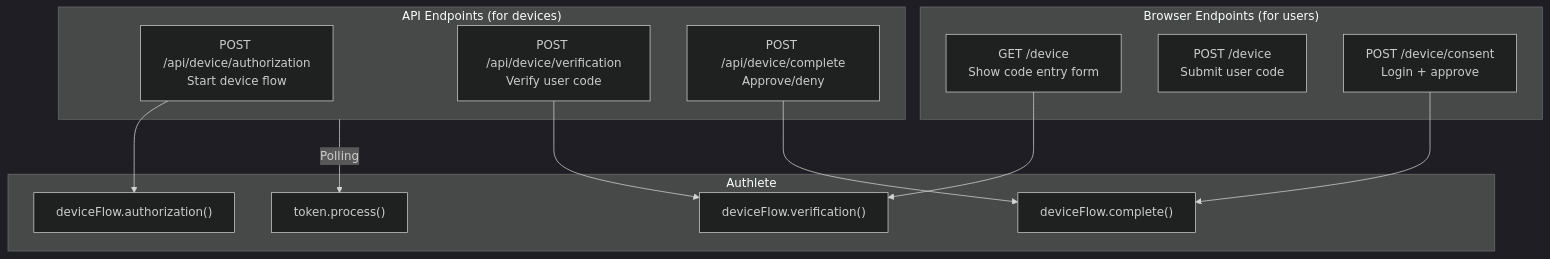
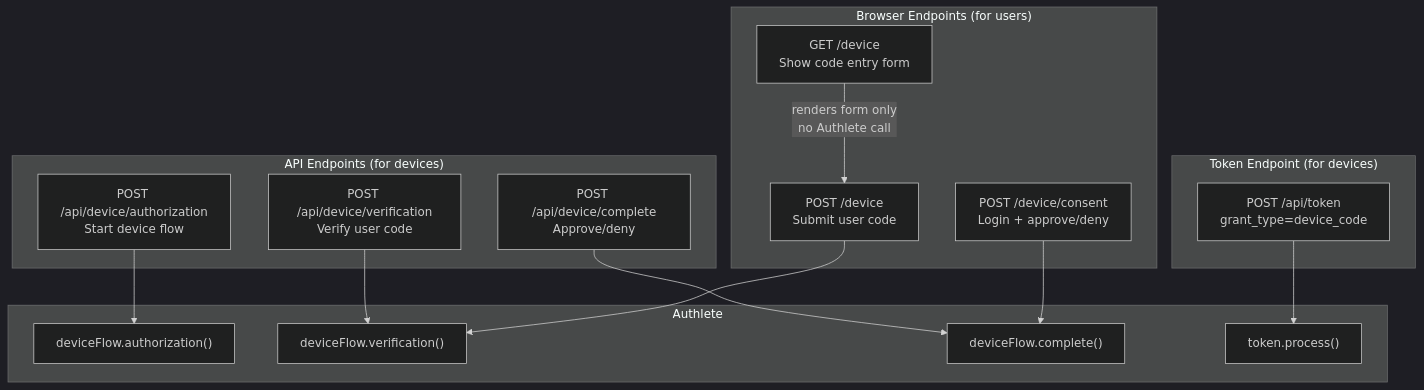
Before and after one commit to blackadi/OAUTH2.0: the fourth of 5 diagrams in docs/DEVICE-FLOW-TUTORIAL.md, drawn with Mermaid. The commit also changed other lines of this file and 2 other files, not shown here.

First line of the commit message:
docs(device-flow): correct RFC 8628 and Authlete specifics

````diff
--- a/docs/DEVICE-FLOW-TUTORIAL.md
+++ b/docs/DEVICE-FLOW-TUTORIAL.md
@@ -188,26 +228,30 @@
 ```mermaid
 %%{init: {'theme': 'dark'}}%%
 flowchart TB
     subgraph API["API Endpoints (for devices)"]
         A1["POST /api/device/authorization<br/>Start device flow"]
         A2["POST /api/device/verification<br/>Verify user code"]
         A3["POST /api/device/complete<br/>Approve/deny"]
     end
     subgraph Browser["Browser Endpoints (for users)"]
         B1["GET /device<br/>Show code entry form"]
         B2["POST /device<br/>Submit user code"]
-        B3["POST /device/consent<br/>Login + approve"]
+        B3["POST /device/consent<br/>Login + approve/deny"]
+    end
+    subgraph Token["Token Endpoint (for devices)"]
+        T1["POST /api/token<br/>grant_type=device_code"]
     end
     subgraph Authlete
         AF["deviceFlow.authorization()"]
         AV["deviceFlow.verification()"]
         AC["deviceFlow.complete()"]
         AT["token.process()"]
     end
     A1 --> AF
     A2 --> AV
     A3 --> AC
-    B1 --> AV
+    B1 -->|"renders form only<br/>no Authlete call"| B2
+    B2 --> AV
     B3 --> AC
-    API -->|"Polling"| AT
+    T1 --> AT
 ```
````
